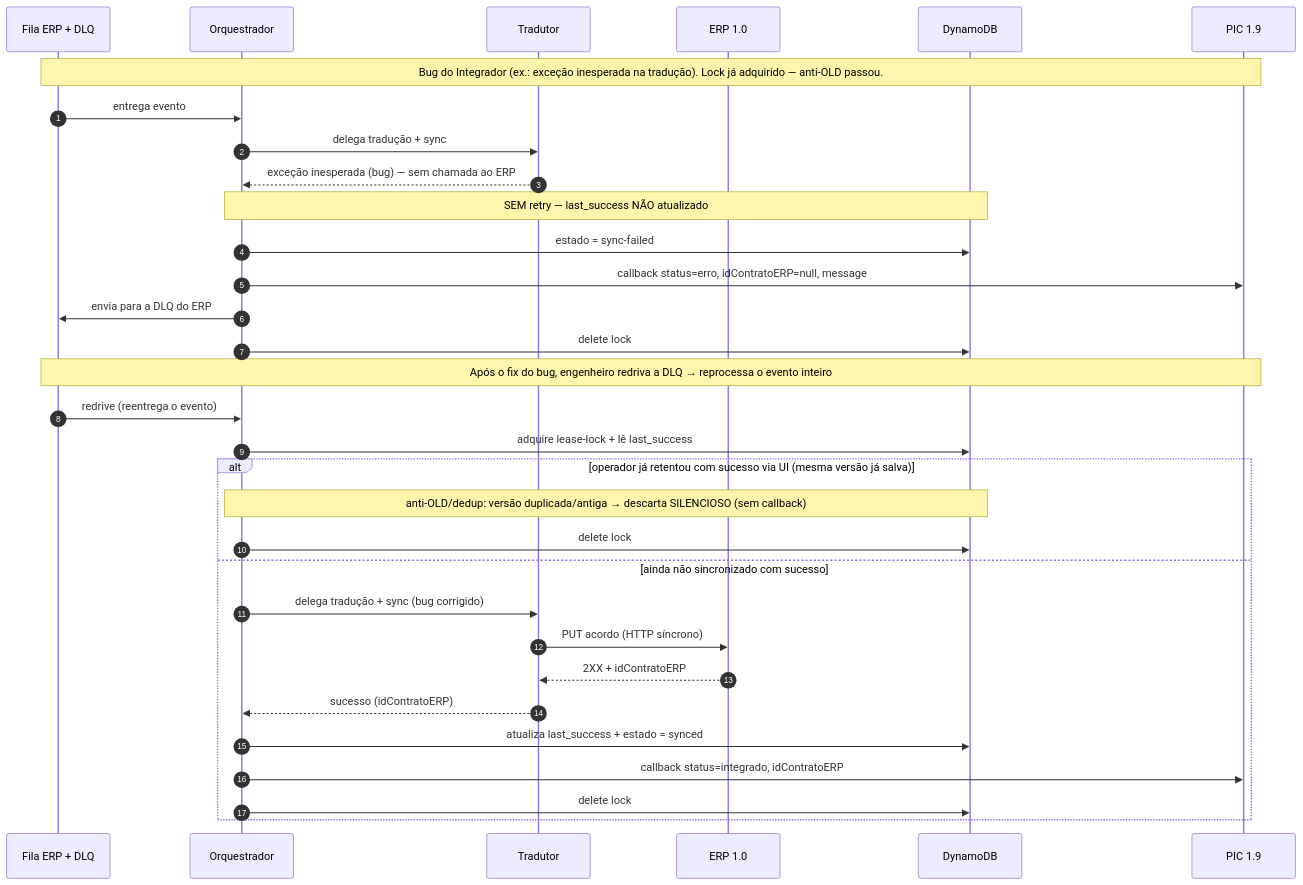
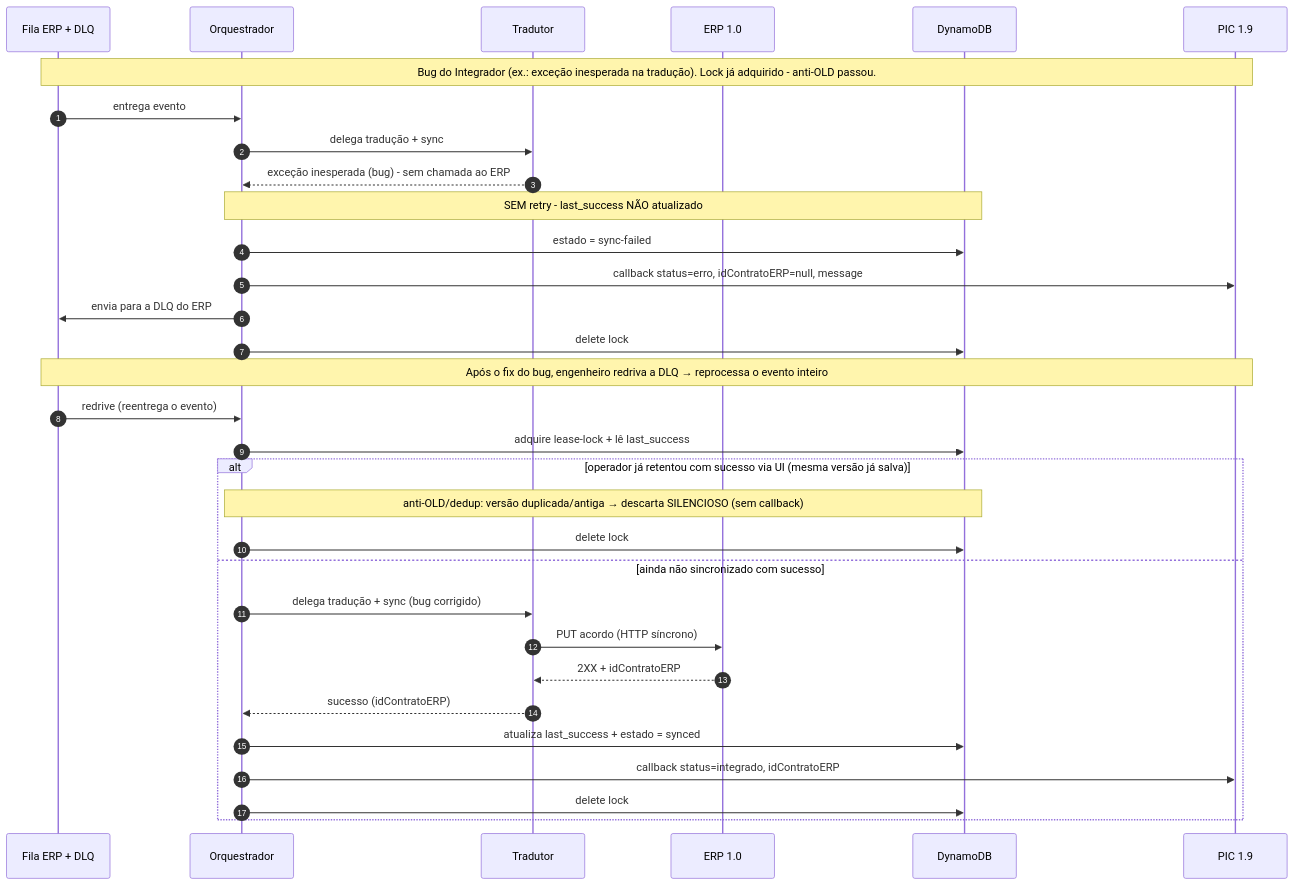
The fifth of 6 diagrams in configs/ai-docs/claude/skills/design-docs/references/example-good-hld.md (brunogsa/unix-utils), drawn with Mermaid before and after one commit. The commit also changed other lines of this file and 350 other files, not shown here.

````diff
--- a/configs/ai-docs/claude/skills/design-docs/references/example-good-hld.md
+++ b/configs/ai-docs/claude/skills/design-docs/references/example-good-hld.md
@@ -866,36 +866,36 @@
 ```mermaid
 sequenceDiagram
   autonumber
   participant DLQ as Fila ERP + DLQ
   participant ORQ as Orquestrador
   participant TR as Tradutor
   participant ERP as ERP 1.0
   participant DDB as DynamoDB
   participant PIC as PIC 1.9
 
-  Note over DLQ,PIC: Bug do Integrador (ex.: exceção inesperada na tradução). Lock já adquirido — anti-OLD passou.
+  Note over DLQ,PIC: Bug do Integrador (ex.: exceção inesperada na tradução). Lock já adquirido - anti-OLD passou.
   DLQ->>ORQ: entrega evento
   ORQ->>TR: delega tradução + sync
-  TR-->>ORQ: exceção inesperada (bug) — sem chamada ao ERP
-  Note over ORQ,DDB: SEM retry — last_success NÃO atualizado
+  TR-->>ORQ: exceção inesperada (bug) - sem chamada ao ERP
+  Note over ORQ,DDB: SEM retry - last_success NÃO atualizado
   ORQ->>DDB: estado = sync-failed
   ORQ->>PIC: callback status=erro, idContratoERP=null, message
   ORQ->>DLQ: envia para a DLQ do ERP
   ORQ->>DDB: delete lock
 
   Note over DLQ,PIC: Após o fix do bug, engenheiro redriva a DLQ → reprocessa o evento inteiro
   DLQ->>ORQ: redrive (reentrega o evento)
   ORQ->>DDB: adquire lease-lock + lê last_success
   alt operador já retentou com sucesso via UI (mesma versão já salva)
     Note over ORQ,DDB: anti-OLD/dedup: versão duplicada/antiga → descarta SILENCIOSO (sem callback)
     ORQ->>DDB: delete lock
   else ainda não sincronizado com sucesso
     ORQ->>TR: delega tradução + sync (bug corrigido)
     TR->>ERP: PUT acordo (HTTP síncrono)
     ERP-->>TR: 2XX + idContratoERP
     TR-->>ORQ: sucesso (idContratoERP)
     ORQ->>DDB: atualiza last_success + estado = synced
     ORQ->>PIC: callback status=integrado, idContratoERP
     ORQ->>DDB: delete lock
   end
 ```
````
